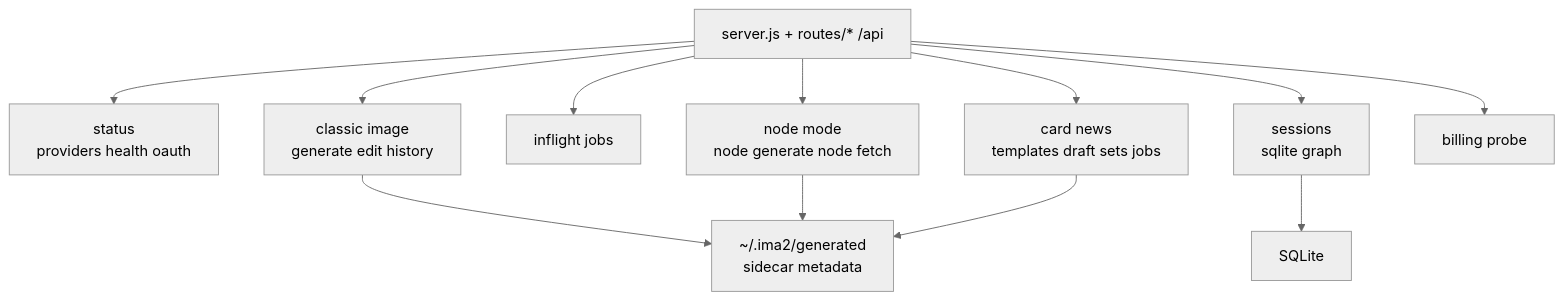
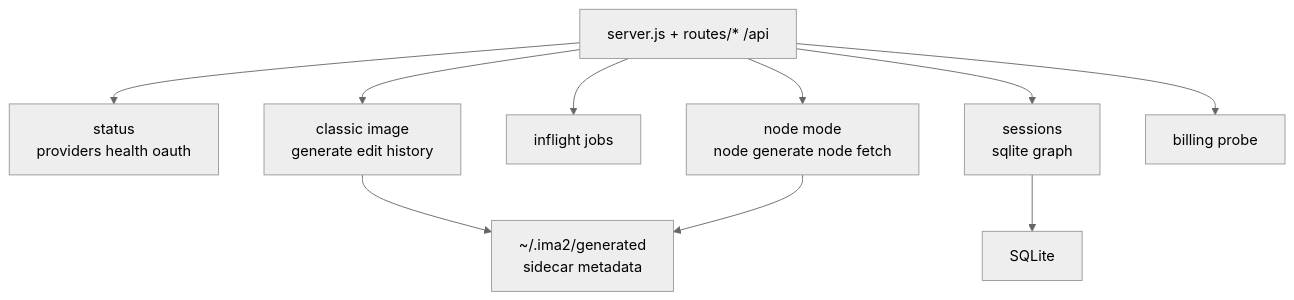
Before and after one commit to ChatPoongKun/ima2-gen: the diagram in structure/03-server-api.md, drawn with Mermaid (neutral theme). The commit also changed other lines of this file and 8 other files, not shown here.

````diff
--- a/structure/03-server-api.md
+++ b/structure/03-server-api.md
@@ -19,14 +19,12 @@
 ```mermaid
 graph TD
     API["server.js + routes/* /api"] --> STATUS["status<br/>providers health oauth"]
     API --> IMG["classic image<br/>generate edit history"]
     API --> JOBS["inflight jobs"]
     API --> NODE["node mode<br/>node generate node fetch"]
-    API --> CARD["card news<br/>templates draft sets jobs"]
     API --> SESS["sessions<br/>sqlite graph"]
     API --> BILL["billing probe"]
     IMG --> FILES["~/.ima2/generated<br/>sidecar metadata"]
     NODE --> FILES
-    CARD --> FILES
     SESS --> DB["SQLite"]
 ```
````
